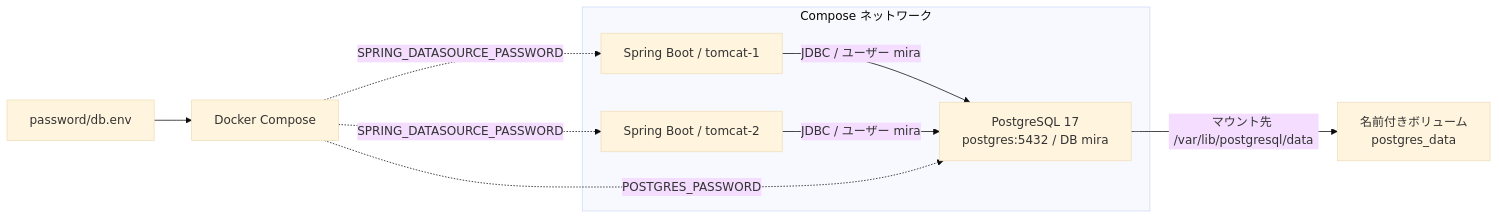
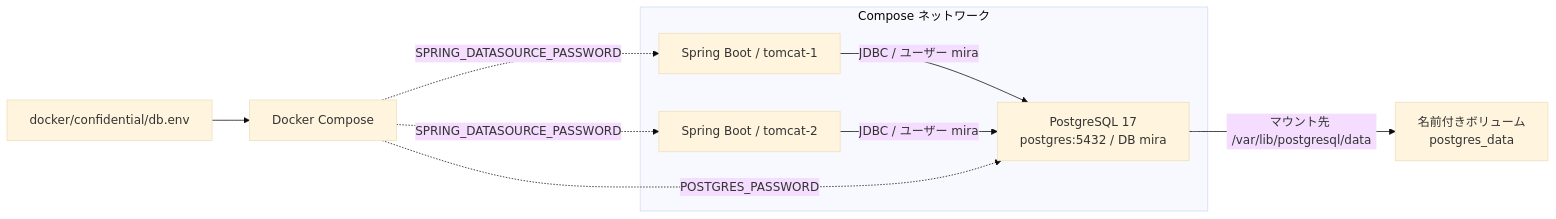
One commit to hirokikw/mira changed the third of 7 diagrams in docker/README.md. Above: the diagram before and after it, drawn with Mermaid (base theme). The commit also changed other lines of this file and 5 other files, not shown here.

````diff
--- a/docker/README.md
+++ b/docker/README.md
@@ -120,13 +123,13 @@
 ```mermaid
 flowchart LR
-    env["password/db.env"] --> compose["Docker Compose"]
+    env["docker/confidential/db.env"] --> compose["Docker Compose"]
     subgraph network["Compose ネットワーク"]
         app1["Spring Boot / tomcat-1"] -->|"JDBC / ユーザー mira"| db["PostgreSQL 17<br/>postgres:5432 / DB mira"]
         app2["Spring Boot / tomcat-2"] -->|"JDBC / ユーザー mira"| db
     end
 
     compose -.->|"SPRING_DATASOURCE_PASSWORD"| app1
     compose -.->|"SPRING_DATASOURCE_PASSWORD"| app2
     compose -.->|"POSTGRES_PASSWORD"| db
     db -->|"マウント先 /var/lib/postgresql/data"| volume["名前付きボリューム<br/>postgres_data"]
 ```
````
